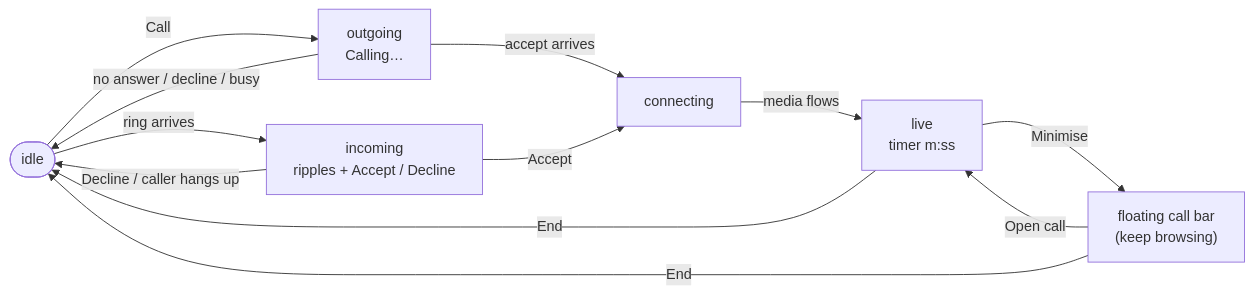
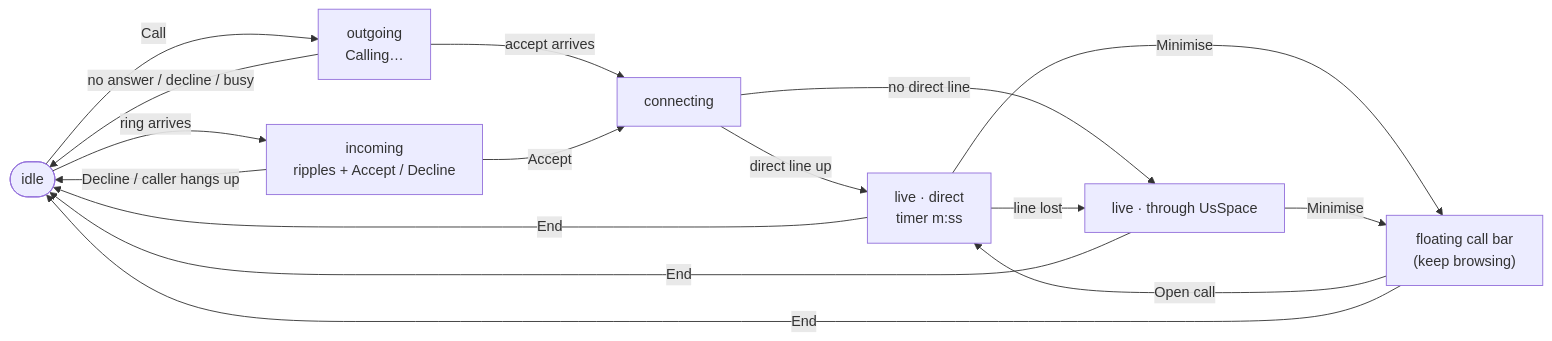
Before and after one commit to silent-coder-dev/private-space: diagram 17 of 30 in front-end/doc/04-flowcharts.md, drawn with Mermaid. The commit also changed other lines of this file and 78 other files, not shown here.

````diff
--- a/front-end/doc/04-flowcharts.md
+++ b/front-end/doc/04-flowcharts.md
@@ -349,14 +382,18 @@
 ```mermaid
 flowchart LR
     Idle(["idle"]) -->|"Call"| Out["outgoing<br/>Calling…"]
     Idle -->|"ring arrives"| In["incoming<br/>ripples + Accept / Decline"]
     Out -->|"accept arrives"| Con["connecting"]
     In -->|"Accept"| Con
-    Con -->|"media flows"| Live["live<br/>timer m:ss"]
+    Con -->|"direct line up"| Live["live · direct<br/>timer m:ss"]
+    Con -->|"no direct line"| Relay["live · through UsSpace"]
+    Live -->|"line lost"| Relay
     Live -->|"Minimise"| Mini["floating call bar<br/>(keep browsing)"]
+    Relay -->|"Minimise"| Mini
     Mini -->|"Open call"| Live
     Out -->|"no answer / decline / busy"| Idle
     In -->|"Decline / caller hangs up"| Idle
     Live -->|"End"| Idle
+    Relay -->|"End"| Idle
     Mini -->|"End"| Idle
 ```
````
